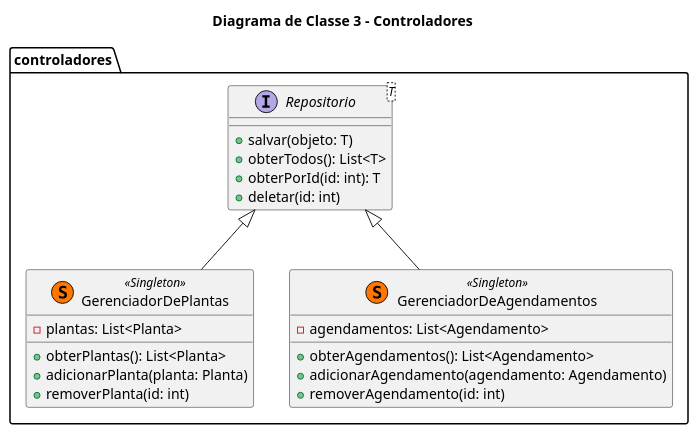
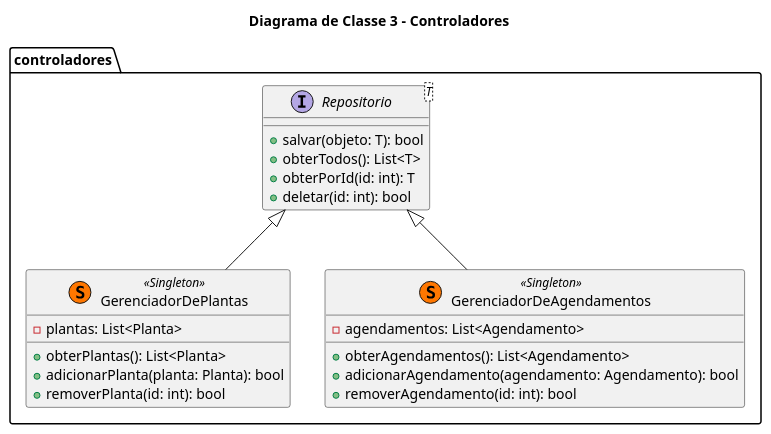
The diagram in docs/diagramas/src/diagramas_classe/diagrama_classe_3.plantuml (tiagors09/CareGardenProject), drawn with PlantUML before and after one commit. The commit also changed 2 other files, not shown here.

```diff
--- a/docs/diagramas/src/diagramas_classe/diagrama_classe_3.plantuml
+++ b/docs/diagramas/src/diagramas_classe/diagrama_classe_3.plantuml
@@ -1,29 +1,29 @@
 @startuml Diagrama_Classe_3
 title Diagrama de Classe 3 - Controladores
 
 package controladores {
   interface Repositorio<T> {
-    +salvar(objeto: T)
+    +salvar(objeto: T): bool
     +obterTodos(): List<T>
     +obterPorId(id: int): T
-    +deletar(id: int)
+    +deletar(id: int): bool
   }
 
   class GerenciadorDePlantas << (S,#FF7700) Singleton >> {
     -plantas: List<Planta>
     +obterPlantas(): List<Planta>
-    +adicionarPlanta(planta: Planta)
-    +removerPlanta(id: int)
+    +adicionarPlanta(planta: Planta): bool
+    +removerPlanta(id: int): bool
   }
 
   class GerenciadorDeAgendamentos << (S,#FF7700) Singleton >> {
     -agendamentos: List<Agendamento>
     +obterAgendamentos(): List<Agendamento>
-    +adicionarAgendamento(agendamento: Agendamento)
-    +removerAgendamento(id: int)
+    +adicionarAgendamento(agendamento: Agendamento): bool
+    +removerAgendamento(id: int): bool
   }
 
   Repositorio <|-- GerenciadorDePlantas
   Repositorio <|-- GerenciadorDeAgendamentos
 }
 @enduml
```
